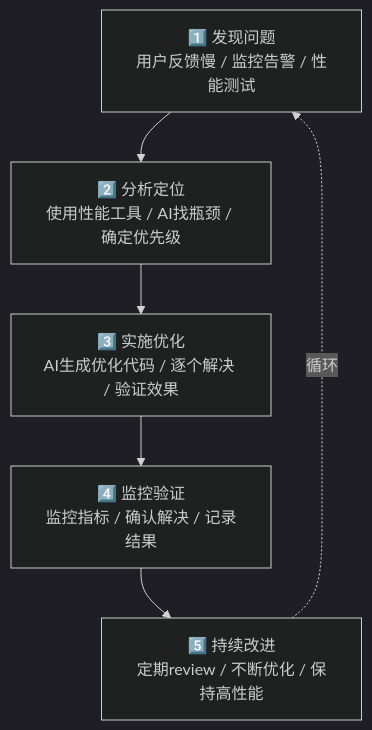
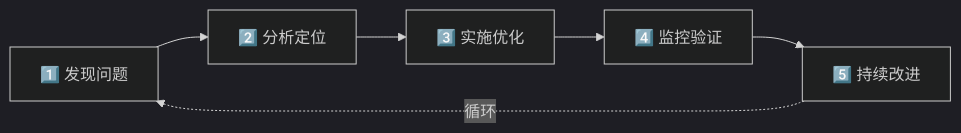
Before and after one commit to Leo-Wei105/vibe-coding-guide: the diagram in 15-性能优化.md, drawn with Mermaid (dark theme). The commit also changed other lines of this file and 9 other files, not shown here.

````diff
--- a/15-性能优化.md
+++ b/15-性能优化.md
@@ -735,11 +718,6 @@
 ```mermaid
-flowchart TD
-    A["1️⃣ 发现问题<br/>用户反馈慢 / 监控告警 / 性能测试"] 
-    B["2️⃣ 分析定位<br/>使用性能工具 / AI找瓶颈 / 确定优先级"]
-    C["3️⃣ 实施优化<br/>AI生成优化代码 / 逐个解决 / 验证效果"]
-    D["4️⃣ 监控验证<br/>监控指标 / 确认解决 / 记录结果"]
-    E["5️⃣ 持续改进<br/>定期review / 不断优化 / 保持高性能"]
-    
-    A --> B --> C --> D --> E
+flowchart LR
+    A[1️⃣ 发现问题] --> B[2️⃣ 分析定位] --> C[3️⃣ 实施优化]
+    C --> D[4️⃣ 监控验证] --> E[5️⃣ 持续改进]
     E -.->|循环| A
 ```
````
